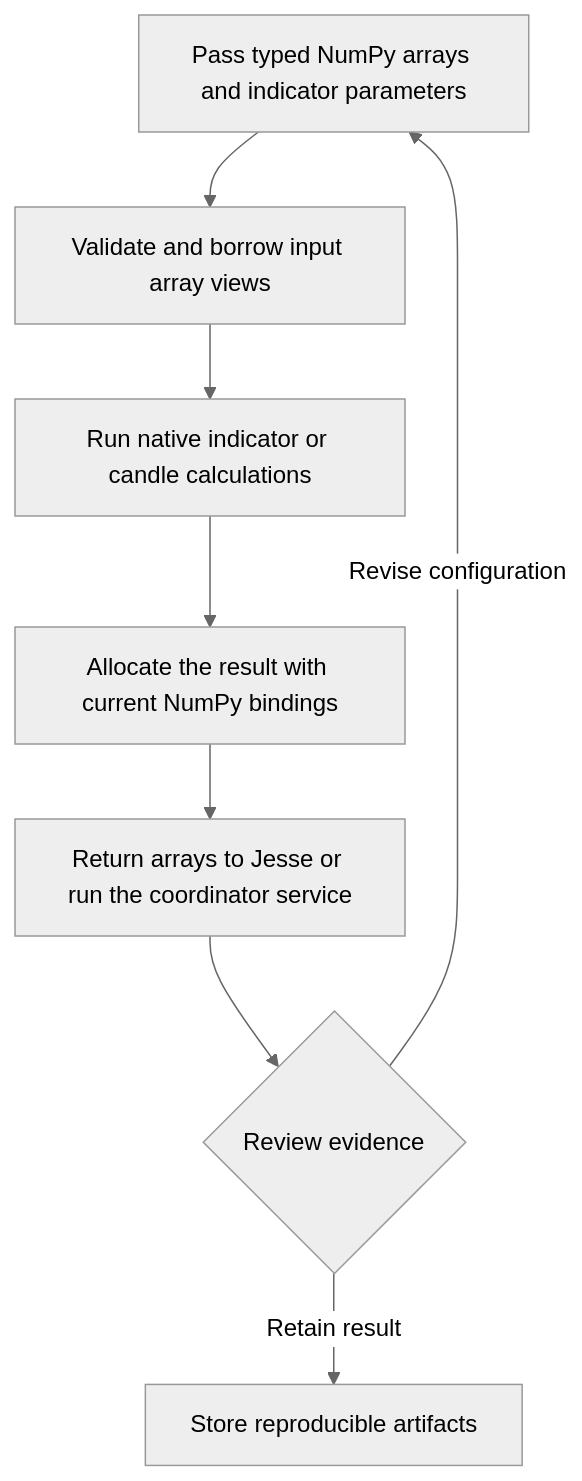
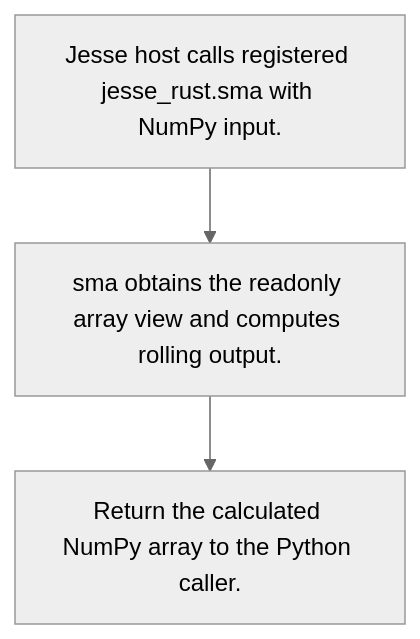
One commit to alexcwyu/jesse-rust changed the third of 4 diagrams in docs/ayu-develop.md. Above: the diagram before and after it, drawn with Mermaid (neutral theme). The commit also changed other lines of this file and 13 other files, not shown here.

Commit message:
docs: standardize source-reviewed system guides and offline diagrams

````diff
--- a/docs/ayu-develop.md
+++ b/docs/ayu-develop.md
@@ -52,12 +140,8 @@
 ```mermaid
 flowchart TD
-    W0["Pass typed NumPy arrays and indicator parameters"]
-    W1["Validate and borrow input array views"]
-    W2["Run native indicator or candle calculations"]
-    W3["Allocate the result with current NumPy bindings"]
-    W4["Return arrays to Jesse or run the coordinator service"]
-    W0 --> W1 --> W2 --> W3 --> W4
-    W4 --> R{"Review evidence"}
-    R -->|Revise configuration| W0
-    R -->|Retain result| A["Store reproducible artifacts"]
+  W0["Jesse host calls registered jesse_rust.sma with NumPy input."]
+  W1["sma obtains the readonly array view and computes rolling output."]
+  W0 --> W1
+  W2["Return the calculated NumPy array to the Python caller."]
+  W1 --> W2
 ```
````
